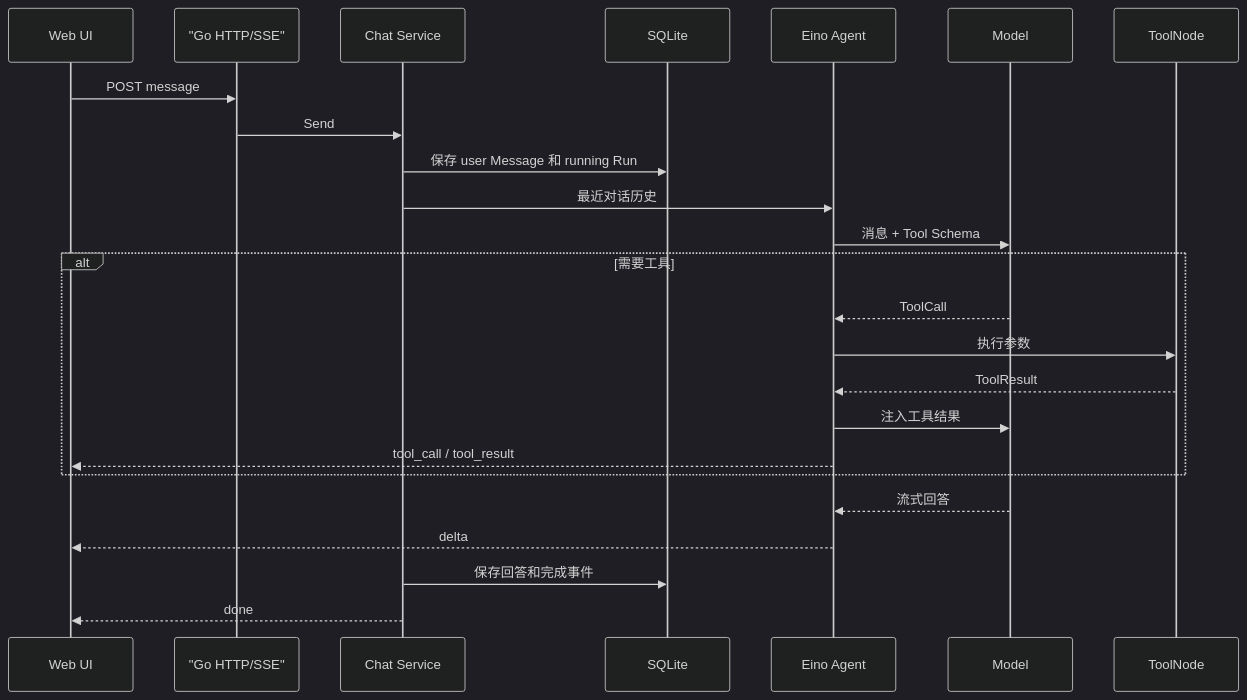
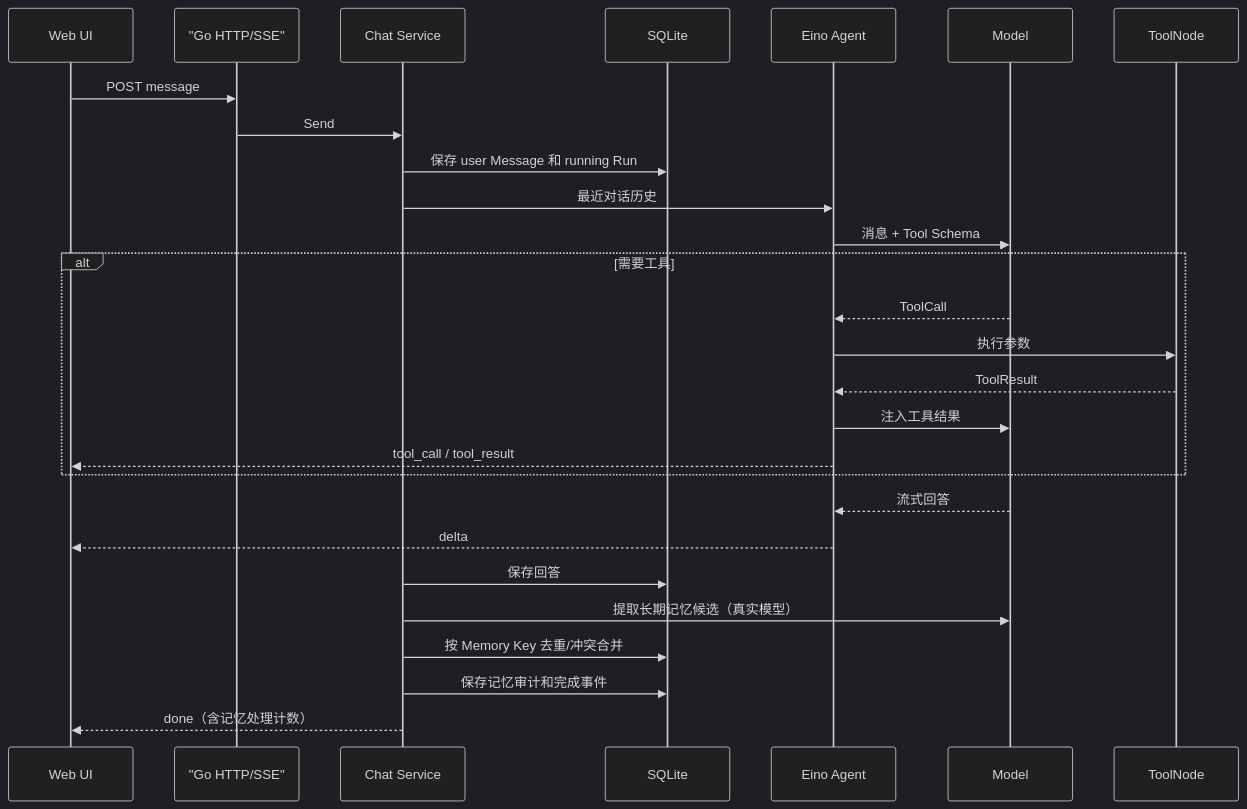
Before and after one commit to zora-DD/zora: the diagram in README.md, drawn with Mermaid (dark theme). The commit also changed other lines of this file and 26 other files, not shown here.

````diff
--- a/README.md
+++ b/README.md
@@ -209,27 +222,30 @@
 ```mermaid
 sequenceDiagram
     participant UI as Web UI
     participant API as "Go HTTP/SSE"
     participant Service as Chat Service
     participant DB as SQLite
     participant ADK as Eino Agent
     participant LLM as Model
     participant Tool as ToolNode
 
     UI->>API: POST message
     API->>Service: Send
     Service->>DB: 保存 user Message 和 running Run
     Service->>ADK: 最近对话历史
     ADK->>LLM: 消息 + Tool Schema
     alt 需要工具
         LLM-->>ADK: ToolCall
         ADK->>Tool: 执行参数
         Tool-->>ADK: ToolResult
         ADK->>LLM: 注入工具结果
         ADK-->>UI: tool_call / tool_result
     end
     LLM-->>ADK: 流式回答
     ADK-->>UI: delta
-    Service->>DB: 保存回答和完成事件
-    Service-->>UI: done
+    Service->>DB: 保存回答
+    Service->>LLM: 提取长期记忆候选（真实模型）
+    Service->>DB: 按 Memory Key 去重/冲突合并
+    Service->>DB: 保存记忆审计和完成事件
+    Service-->>UI: done（含记忆处理计数）
 ```
````
